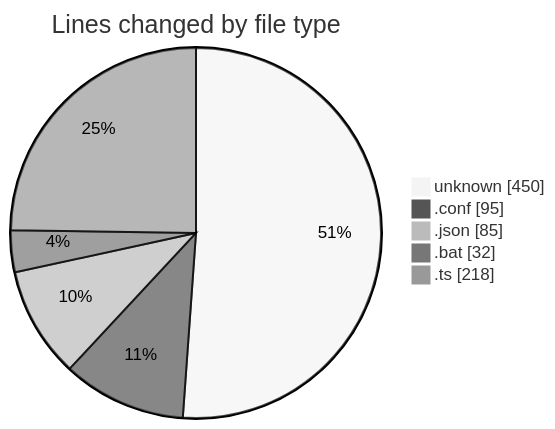
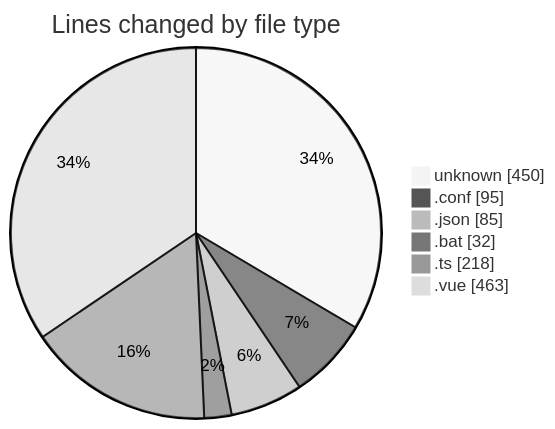
One commit to lephambinh05/code-tracking changed the first of 2 diagrams in 2025-07-12/shopaccv1/README.md. Above: the diagram before and after it, drawn with Mermaid (neutral theme). The commit also changed other lines of this file and 1 other file, not shown here.

````diff
--- a/2025-07-12/shopaccv1/README.md
+++ b/2025-07-12/shopaccv1/README.md
@@ -27,9 +31,10 @@
 ```mermaid
 pie showData
 title Lines changed by file type
 "unknown" : 450
 ".conf" : 95
 ".json" : 85
 ".bat" : 32
 ".ts" : 218
+".vue" : 463
 ```
````
